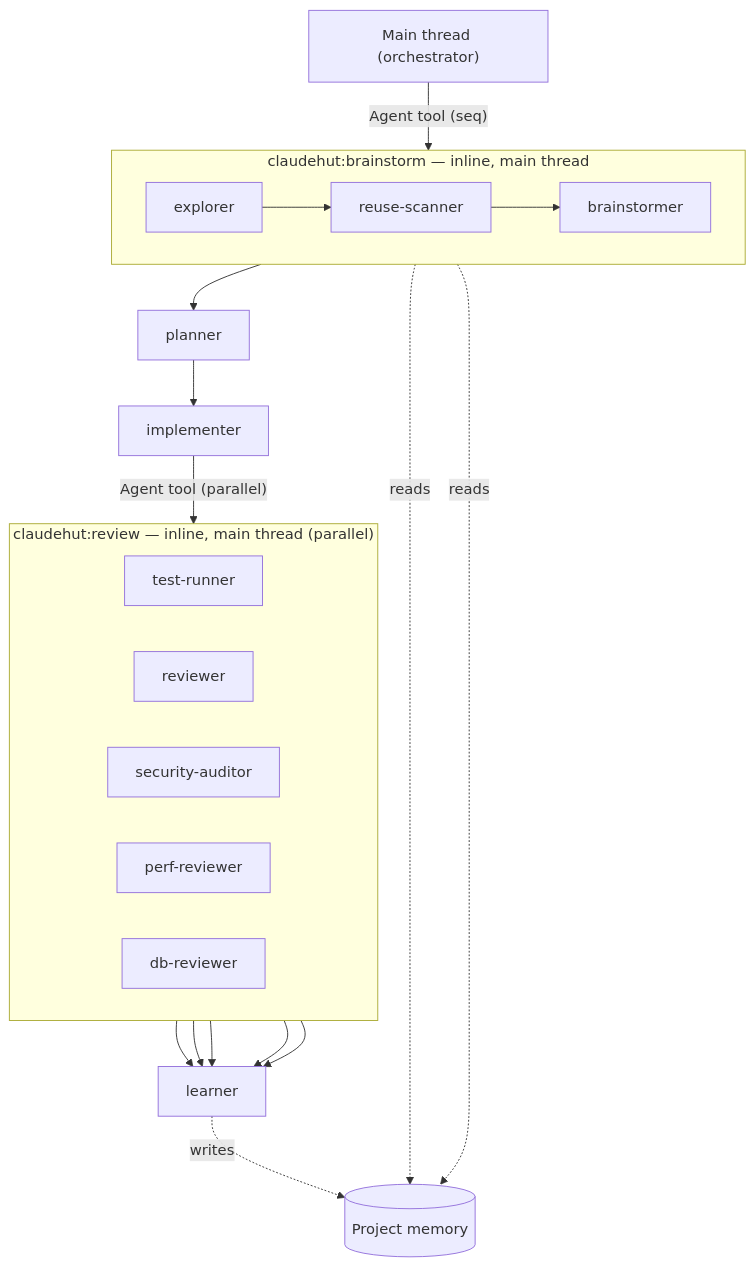
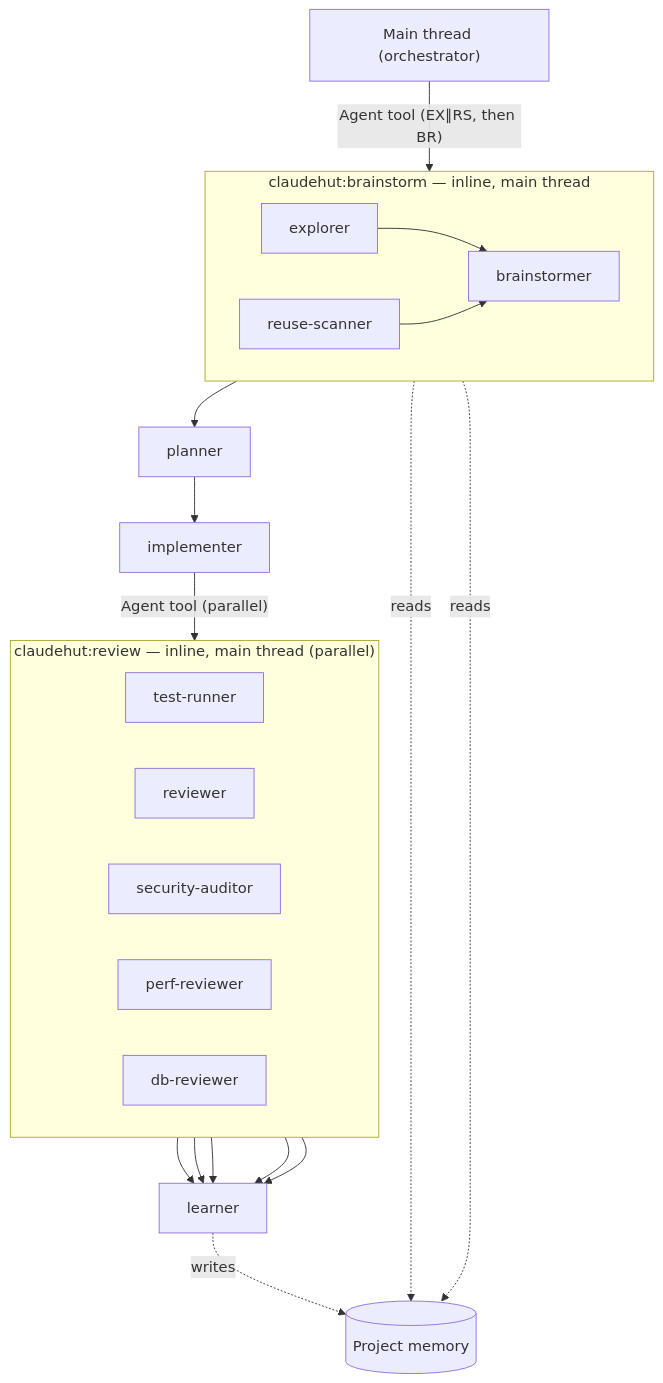
Before and after one commit to taipt1504/claudehut: the diagram in .claude/docs/design/03-agents.md, drawn with Mermaid. The commit also changed other lines of this file and 20 other files, not shown here.

````diff
--- a/.claude/docs/design/03-agents.md
+++ b/.claude/docs/design/03-agents.md
@@ -199,31 +199,32 @@
 ```mermaid
 flowchart TB
     ORCH["Main thread (orchestrator)"]
 
     subgraph BRAINSTORM["claudehut:brainstorm — inline, main thread"]
         direction LR
-        EX[explorer] --> RS[reuse-scanner] --> BR[brainstormer]
+        EX[explorer] --> BR[brainstormer]
+        RS[reuse-scanner] --> BR
     end
 
     subgraph REVIEW["claudehut:review — inline, main thread (parallel)"]
         direction LR
         TR[test-runner]
         RV[reviewer]
         SEC[security-auditor]
         PERF[perf-reviewer]
         DB[db-reviewer]
     end
 
-    ORCH -->|"Agent tool (seq)"| BRAINSTORM
+    ORCH -->|"Agent tool (EX∥RS, then BR)"| BRAINSTORM
     BR --> PL[planner]
     PL --> IM[implementer]
     IM -->|"Agent tool (parallel)"| REVIEW
     TR --> LN[learner]
     RV --> LN
     SEC --> LN
     PERF --> LN
     DB --> LN
     LN -.writes.-> MEM[(Project memory)]
     EX -.reads.-> MEM
     RS -.reads.-> MEM
 ```
````
